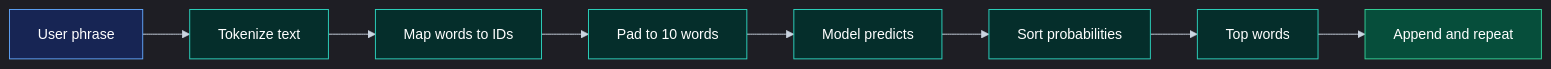
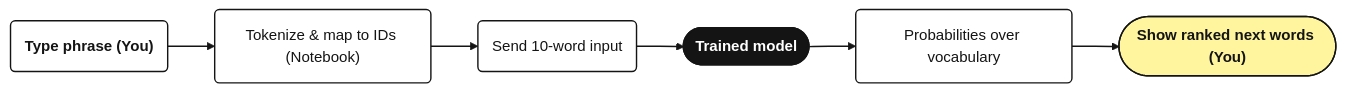
The second of 2 diagrams in README.md (yasasbanukaofficial/next-token-gen-model), drawn with Mermaid before and after one commit. The commit also changed other lines of this file and 1 other file, not shown here.

Commit message:
docs: add penguins image and refresh diagram palettes

````diff
--- a/README.md
+++ b/README.md
@@ -145,19 +118,21 @@
 ```mermaid
-%%{init: {"theme": "dark", "themeVariables": {"background": "#0b1220", "primaryColor": "#1e293b", "primaryTextColor": "#ffffff", "primaryBorderColor": "#64748b", "textColor": "#ffffff", "lineColor": "#cbd5e1", "fontSize": "15px", "edgeLabelBackground": "#0b1220"}}}%%
+%%{init: {"theme": "base", "themeVariables": {"background": "#F4F4F1", "primaryColor": "#FFFFFF", "primaryTextColor": "#141414", "primaryBorderColor": "#141414", "lineColor": "#141414", "textColor": "#141414", "fontSize": "14px", "fontFamily": "Inter, system-ui, -apple-system, BlinkMacSystemFont, 'Segoe UI', Roboto, sans-serif", "edgeLabelBackground": "#F4F4F1"}}}%%
 flowchart LR
-    A["User phrase"] --> B["Tokenize text"]
-    B --> C["Map words to IDs"]
-    C --> D["Pad to 10 words"]
-    D --> E["Model predicts"]
-    E --> F["Sort probabilities"]
-    F --> G["Top words"]
-    G --> H["Append and repeat"]
+    A("Type phrase (You)") --> B("Tokenize & map to IDs (Notebook)")
+    B --> C("Send 10-word input")
+    C --> D(["Trained model"])
+    D --> E("Probabilities over vocabulary")
+    E --> F(["Show ranked next words (You)"])
 
-    classDef source fill:#172554,stroke:#60a5fa,color:#ffffff;
-    classDef process fill:#052e2b,stroke:#2dd4bf,color:#ffffff;
-    classDef result fill:#064e3b,stroke:#34d399,color:#ffffff;
+    classDef source fill:#FFFFFF,stroke:#141414,stroke-width:1.5px,color:#141414,font-weight:600;
+    classDef process fill:#FFFFFF,stroke:#141414,stroke-width:1.5px,color:#141414;
+    classDef key fill:#141414,stroke:#141414,stroke-width:2px,color:#FFFFFF,font-weight:bold;
+    classDef result fill:#FEF59E,stroke:#141414,stroke-width:1.5px,color:#141414,font-weight:600;
 
     class A source;
-    class B,C,D,E,F,G process;
-    class H result;
+    class B,C,E process;
+    class D key;
+    class F result;
+
+    linkStyle default stroke:#141414,stroke-width:1.5px;
 ```
````
